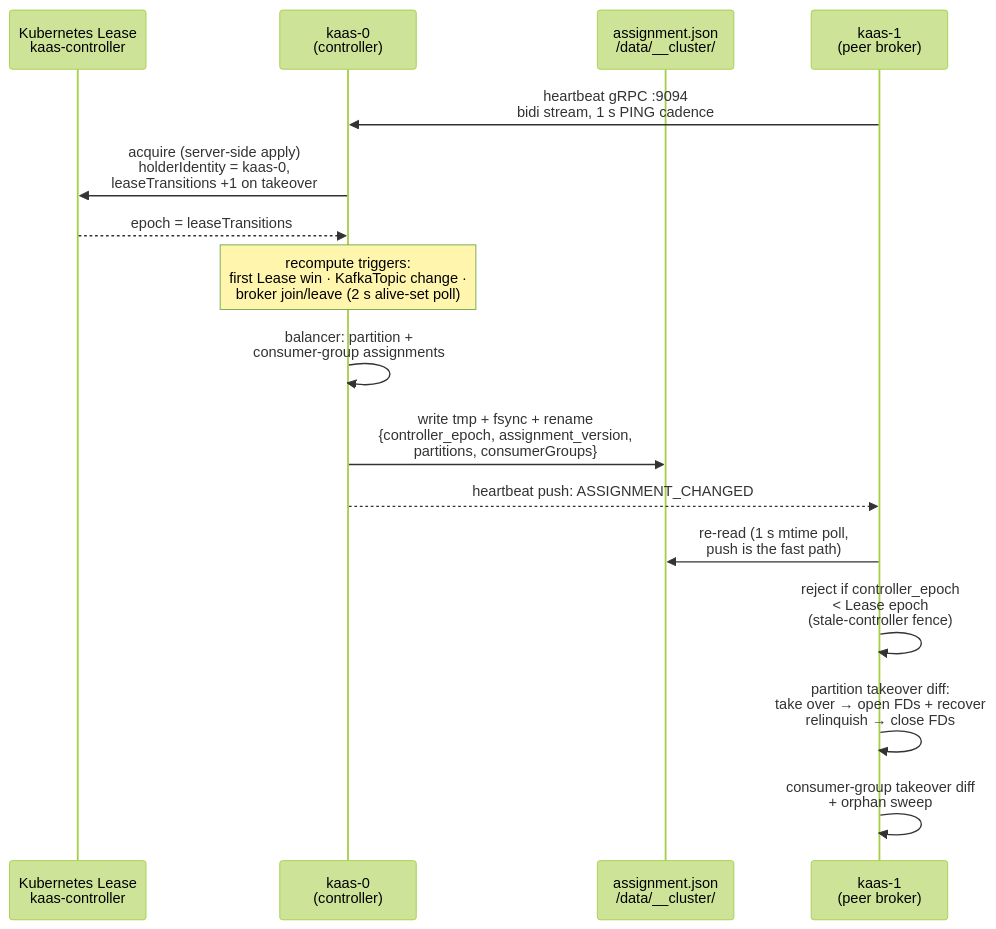
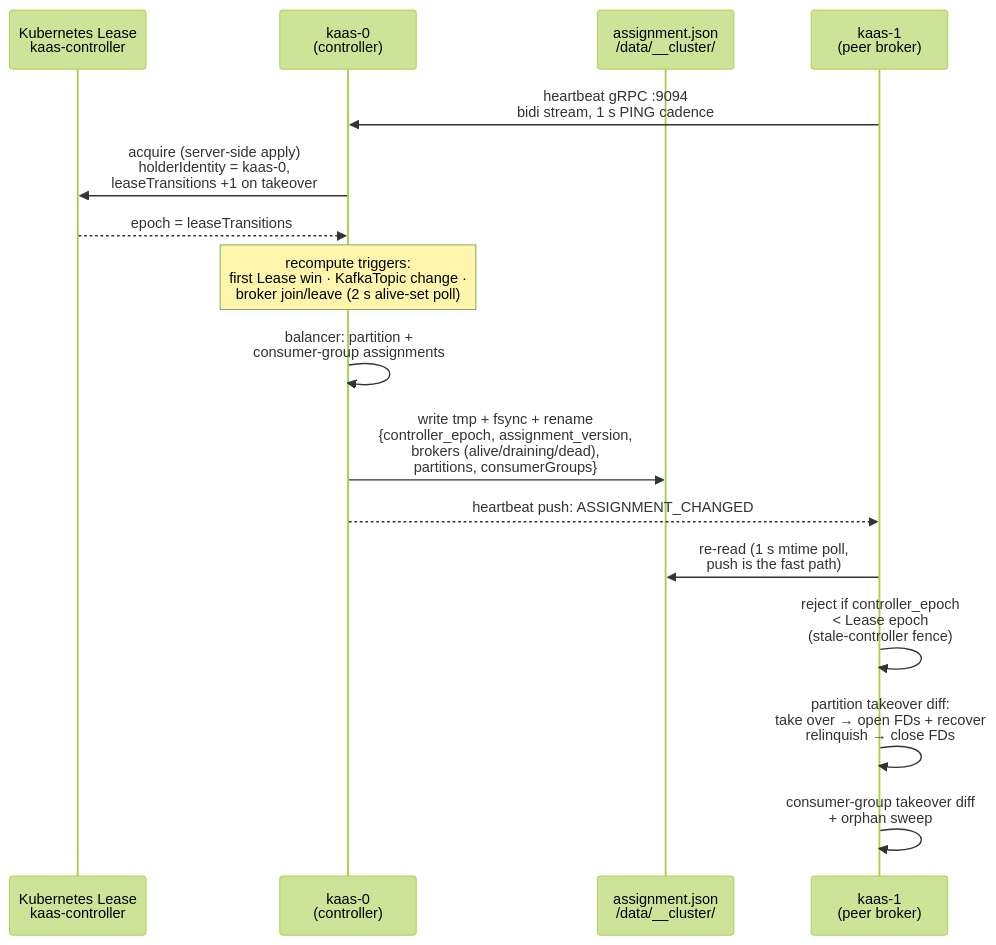
The diagram in docs/src/architecture/controller.md (kaas-rs/kaas), drawn with Mermaid (forest theme) before and after one commit. The commit also changed other lines of this file and 48 other files, not shown here.

First line of the commit message:
docs: full staleness audit — fix ~70 findings across book, CLAUDE.md, chart docs

````diff
--- a/docs/src/architecture/controller.md
+++ b/docs/src/architecture/controller.md
@@ -19,19 +19,19 @@
 ```mermaid
 sequenceDiagram
     participant L as Kubernetes Lease<br/>kaas-controller
     participant C as kaas-0<br/>(controller)
     participant A as assignment.json<br/>/data/__cluster/
     participant B as kaas-1<br/>(peer broker)
 
     B->>C: heartbeat gRPC :9094<br/>bidi stream, 1 s PING cadence
     C->>L: acquire (server-side apply)<br/>holderIdentity = kaas-0,<br/>leaseTransitions +1 on takeover
     L-->>C: epoch = leaseTransitions
     Note over C: recompute triggers:<br/>first Lease win · KafkaTopic change ·<br/>broker join/leave (2 s alive-set poll)
     C->>C: balancer: partition +<br/>consumer-group assignments
-    C->>A: write tmp + fsync + rename<br/>{controller_epoch, assignment_version,<br/>partitions, consumerGroups}
+    C->>A: write tmp + fsync + rename<br/>{controller_epoch, assignment_version,<br/>brokers (alive/draining/dead),<br/>partitions, consumerGroups}
     C-->>B: heartbeat push: ASSIGNMENT_CHANGED
     B->>A: re-read (1 s mtime poll,<br/>push is the fast path)
     B->>B: reject if controller_epoch<br/>< Lease epoch<br/>(stale-controller fence)
     B->>B: partition takeover diff:<br/>take over → open FDs + recover<br/>relinquish → close FDs
     B->>B: consumer-group takeover diff<br/>+ orphan sweep
 ```
````
